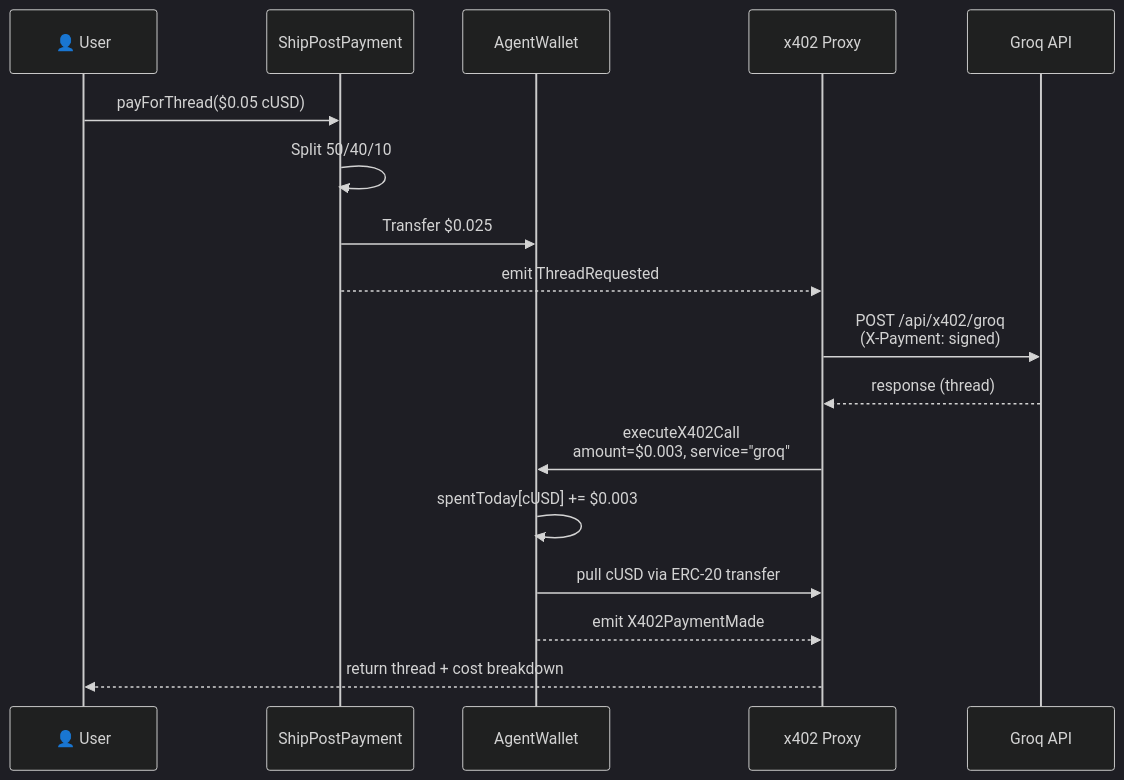
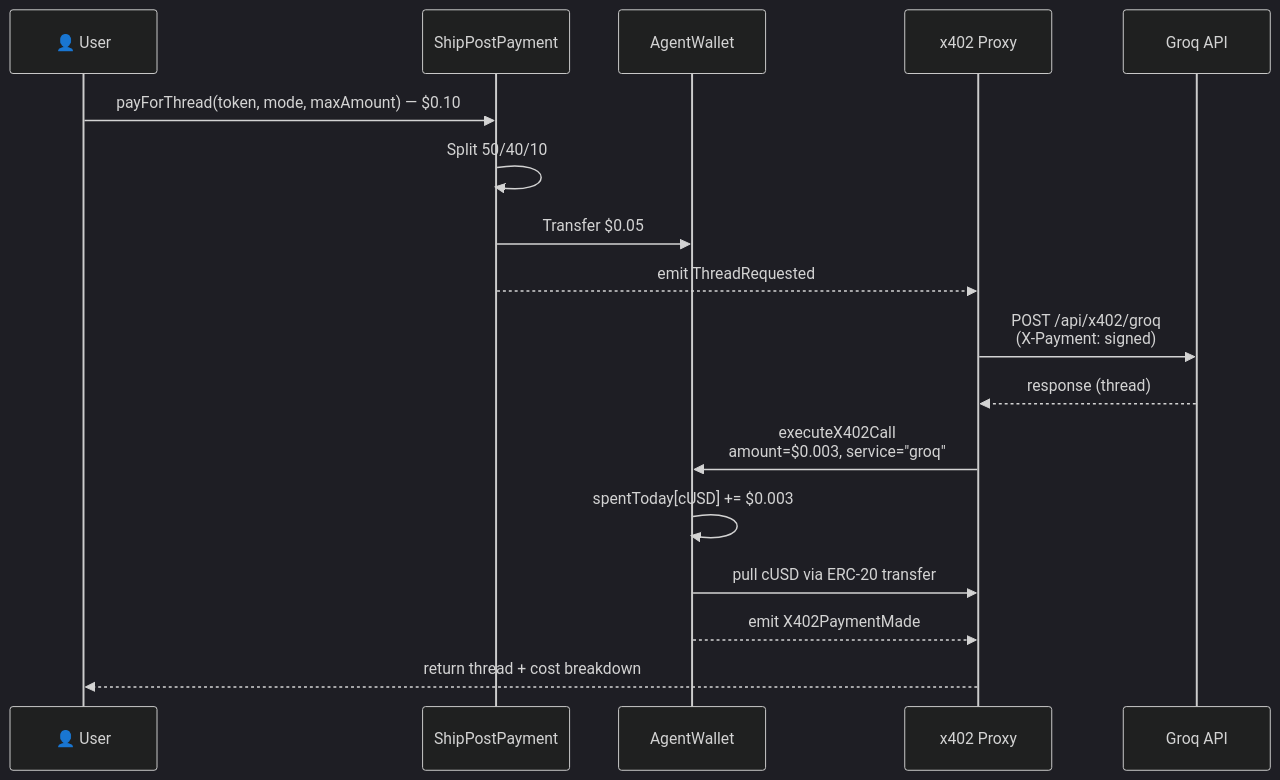
One commit to hms1499/shippost changed the sixth of 6 diagrams in docs/x402-flow-diagrams.md. Above: the diagram before and after it, drawn with Mermaid (dark theme). The commit also changed other lines of this file and 8 other files, not shown here.

````diff
--- a/docs/x402-flow-diagrams.md
+++ b/docs/x402-flow-diagrams.md
@@ -148,23 +148,23 @@
 ```mermaid
 sequenceDiagram
     participant User as 👤 User
     participant SCP as ShipPostPayment
     participant AW as AgentWallet
     participant Proxy as x402 Proxy
     participant Groq as Groq API
 
-    User->>SCP: payForThread($0.05 cUSD)
+    User->>SCP: payForThread(token, mode, maxAmount) — $0.10
     SCP->>SCP: Split 50/40/10
-    SCP->>AW: Transfer $0.025
+    SCP->>AW: Transfer $0.05
     SCP-->>Proxy: emit ThreadRequested
     
     Proxy->>Groq: POST /api/x402/groq<br/>(X-Payment: signed)
     Groq-->>Proxy: response (thread)
     
     Proxy->>AW: executeX402Call<br/>amount=$0.003, service="groq"
     AW->>AW: spentToday[cUSD] += $0.003
     AW->>Proxy: pull cUSD via ERC-20 transfer
     AW-->>Proxy: emit X402PaymentMade
     
     Proxy-->>User: return thread + cost breakdown
 ```
````
